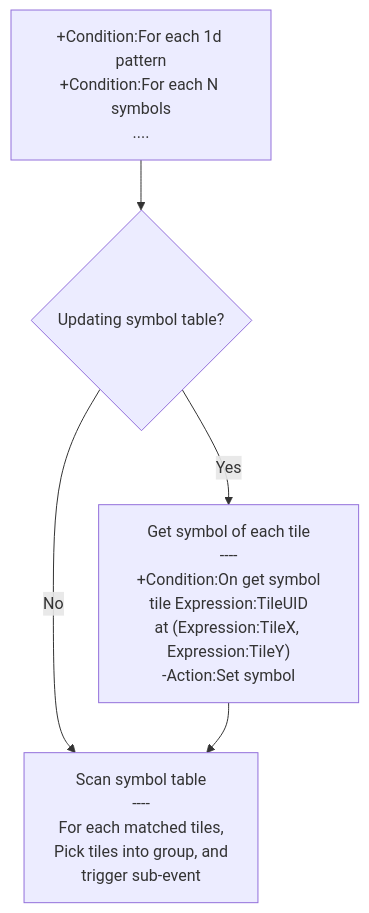
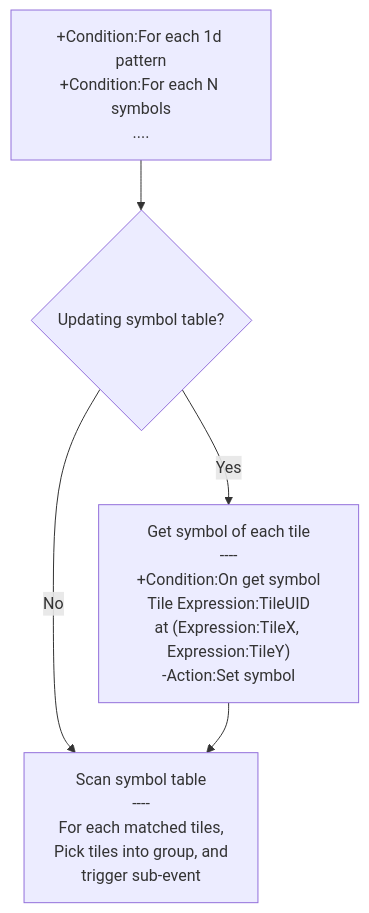
Before and after one commit to rexrainbow/C2RexDoc: the first of 2 diagrams in plugins.md/rex_matcher.md, drawn with Mermaid. The commit also changed other lines of this file and 5 other files, not shown here.

````diff
--- a/plugins.md/rex_matcher.md
+++ b/plugins.md/rex_matcher.md
@@ -71,8 +71,8 @@
 ```mermaid
 graph TB
 
 PickMatched["+Condition:For each 1d pattern<br>+Condition:For each N symbols<br>...."] --> UpdateSymbolTable{Updating symbol table?}
 UpdateSymbolTable --> |No| ScanSymbolTable
-UpdateSymbolTable --> |Yes| CondOnGetSymbol["Get symbol of each tile<br>----<br>+Condition:On get symbol<br>tile Expression:TileUID<br>at (Expression:TileX, Expression:TileY)<br>-Action:Set symbol"]
+UpdateSymbolTable --> |Yes| CondOnGetSymbol["Get symbol of each tile<br>----<br>+Condition:On get symbol<br>Tile Expression:TileUID<br>at (Expression:TileX, Expression:TileY)<br>-Action:Set symbol"]
 CondOnGetSymbol --> ScanSymbolTable["Scan symbol table<br>----<br>For each matched tiles,<br>Pick tiles into group, and<br>trigger sub-event"]
 ```
````
